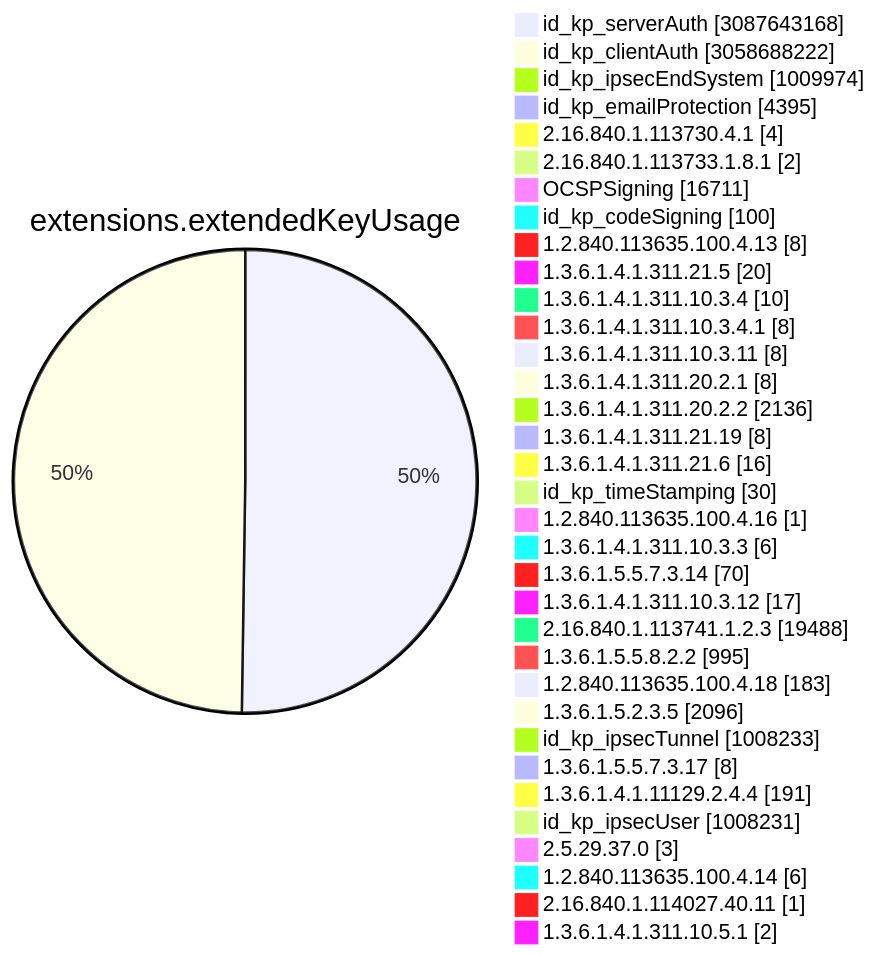
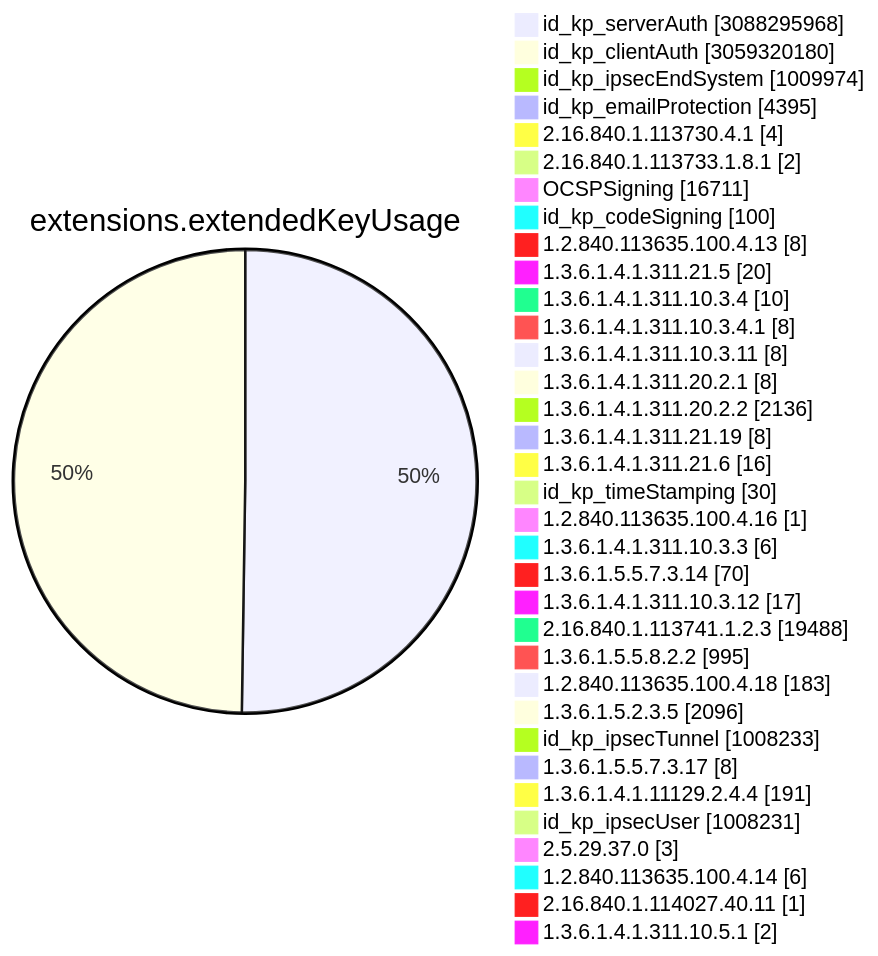
One commit to christiankrug/ctmonitor_visualization changed diagram 11 of 15 in TOTAL/README.md. Above: the diagram before and after it, drawn with Mermaid. The commit also changed other lines of this file, not shown here.

````diff
--- a/TOTAL/README.md
+++ b/TOTAL/README.md
@@ -4119,38 +4119,38 @@
 ```mermaid
 pie showData
 title extensions.extendedKeyUsage
-"id_kp_serverAuth" :3087643168
-"id_kp_clientAuth" :3058688222
+"id_kp_serverAuth" :3088295968
+"id_kp_clientAuth" :3059320180
 "id_kp_ipsecEndSystem" :1009974
 "id_kp_emailProtection" :4395
 "2.16.840.1.113730.4.1" :4
 "2.16.840.1.113733.1.8.1" :2
 "OCSPSigning" :16711
 "id_kp_codeSigning" :100
 "1.2.840.113635.100.4.13" :8
 "1.3.6.1.4.1.311.21.5" :20
 "1.3.6.1.4.1.311.10.3.4" :10
 "1.3.6.1.4.1.311.10.3.4.1" :8
 "1.3.6.1.4.1.311.10.3.11" :8
 "1.3.6.1.4.1.311.20.2.1" :8
 "1.3.6.1.4.1.311.20.2.2" :2136
 "1.3.6.1.4.1.311.21.19" :8
 "1.3.6.1.4.1.311.21.6" :16
 "id_kp_timeStamping" :30
 "1.2.840.113635.100.4.16" :1
 "1.3.6.1.4.1.311.10.3.3" :6
 "1.3.6.1.5.5.7.3.14" :70
 "1.3.6.1.4.1.311.10.3.12" :17
 "2.16.840.1.113741.1.2.3" :19488
 "1.3.6.1.5.5.8.2.2" :995
 "1.2.840.113635.100.4.18" :183
 "1.3.6.1.5.2.3.5" :2096
 "id_kp_ipsecTunnel" :1008233
 "1.3.6.1.5.5.7.3.17" :8
 "1.3.6.1.4.1.11129.2.4.4" :191
 "id_kp_ipsecUser" :1008231
 "2.5.29.37.0" :3
 "1.2.840.113635.100.4.14" :6
 "2.16.840.1.114027.40.11" :1
 "1.3.6.1.4.1.311.10.5.1" :2
 ```
````
